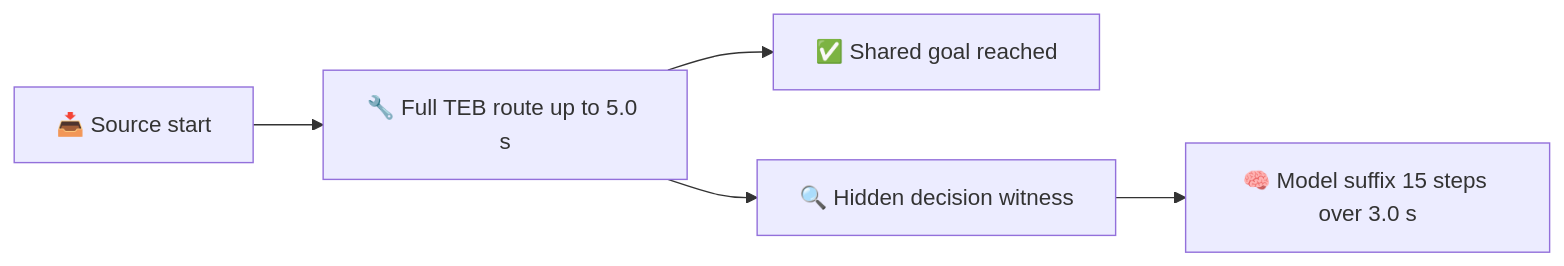
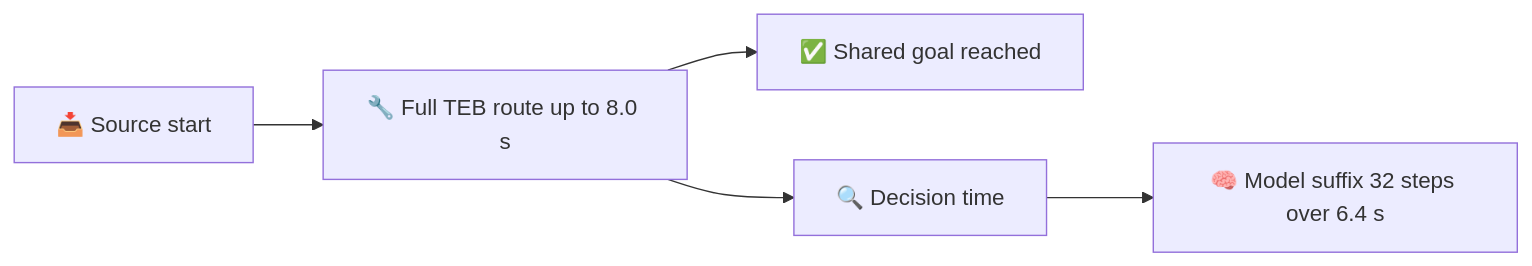
One commit to MaaaGuaaa/when-to-verify changed the second of 2 diagrams in docs/superpowers/plans/2026-07-25-sop05r-lightweight-teb/full-spec.md. Above: the diagram before and after it, drawn with Mermaid. The commit also changed other lines of this file and 63 other files, not shown here.

Commit message:
feat(sop05r): complete long40 M1-M6

````diff
--- a/docs/superpowers/plans/2026-07-25-sop05r-lightweight-teb/full-spec.md
+++ b/docs/superpowers/plans/2026-07-25-sop05r-lightweight-teb/full-spec.md
@@ -116,14 +117,14 @@
 ```mermaid
 flowchart LR
-    accTitle: SOP05R Dual Horizon
-    accDescr: The planner proves goal reachability on a bounded five-second route while the model and labels consume only the three seconds following the hidden decision witness
+    accTitle: SOP05R Long40 Dual Timeline
+    accDescr: The planner provides eight seconds of moving route support while the model and labels consume all 32 future samples following the fixed decision time
 
     source_start[📥 Source start]
-    full_route[🔧 Full TEB route up to 5.0 s]
+    full_route[🔧 Full TEB route up to 8.0 s]
     shared_goal[✅ Shared goal reached]
-    decision[🔍 Hidden decision witness]
-    model_suffix[🧠 Model suffix 15 steps over 3.0 s]
+    decision[🔍 Decision time]
+    model_suffix[🧠 Model suffix 32 steps over 6.4 s]
 
     source_start --> full_route --> shared_goal
     full_route --> decision --> model_suffix
 ```
````
